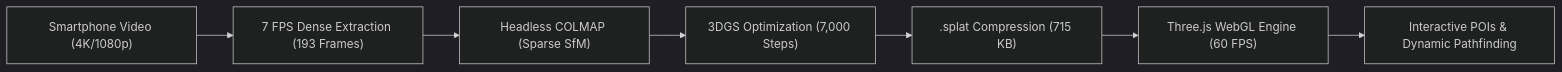
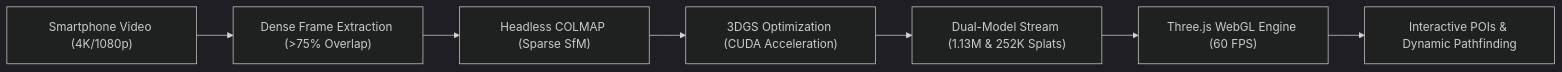
The first of 2 diagrams in ROUND1_TECHNICAL_ABSTRACT.md (Kaish-sheikh/nammaspace-digital-twin), drawn with Mermaid (dark theme) before and after one commit. The commit also changed other lines of this file and 10 other files, not shown here.

Commit message:
Upgrade showcase: Default to Ultra-HD Studio (1.13M splats) and upgrade mobile scan to High-Density model (8.1 MB, 252k splats)

````diff
--- a/ROUND1_TECHNICAL_ABSTRACT.md
+++ b/ROUND1_TECHNICAL_ABSTRACT.md
@@ -21,9 +21,9 @@
 ```mermaid
 flowchart LR
-    A["Smartphone Video (4K/1080p)"] --> B["7 FPS Dense Extraction (193 Frames)"]
+    A["Smartphone Video (4K/1080p)"] --> B["Dense Frame Extraction (>75% Overlap)"]
     B --> C["Headless COLMAP (Sparse SfM)"]
-    C --> D["3DGS Optimization (7,000 Steps)"]
-    D --> E[".splat Compression (715 KB)"]
+    C --> D["3DGS Optimization (CUDA Acceleration)"]
+    D --> E["Dual-Model Stream (1.13M & 252K Splats)"]
     E --> F["Three.js WebGL Engine (60 FPS)"]
     F --> G["Interactive POIs & Dynamic Pathfinding"]
 ```
````
